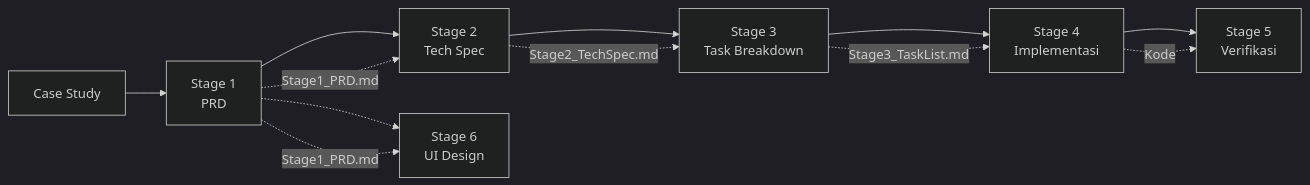
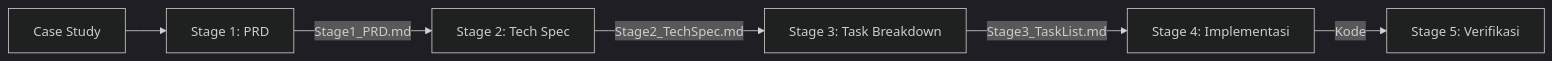
Before and after one commit to ocikyamin/OpenLearning: the first of 2 diagrams in Master Prompt Framework PARTS/README.md, drawn with Mermaid (dark theme). The commit also changed other lines of this file, not shown here.

Commit message:
Refactor stage flow diagrams in README.md for improved clarity and consistency

````diff
--- a/Master Prompt Framework PARTS/README.md
+++ b/Master Prompt Framework PARTS/README.md
@@ -9,15 +9,8 @@
 ```mermaid
 graph LR
-    CS[Case Study] --> S1[Stage 1<br/>PRD]
-    S1 --> S2[Stage 2<br/>Tech Spec]
-    S2 --> S3[Stage 3<br/>Task Breakdown]
-    S3 --> S4[Stage 4<br/>Implementasi]
-    S4 --> S5[Stage 5<br/>Verifikasi]
-    S1 -.-> S6[Stage 6<br/>UI Design]
-
-    S1 -.-> |Stage1_PRD.md| S2
-    S2 -.-> |Stage2_TechSpec.md| S3
-    S3 -.-> |Stage3_TaskList.md| S4
-    S4 -.-> |Kode| S5
-    S1 -.-> |Stage1_PRD.md| S6
+    CS[Case Study] --> S1[Stage 1: PRD]
+    S1 --> |Stage1_PRD.md| S2[Stage 2: Tech Spec]
+    S2 --> |Stage2_TechSpec.md| S3[Stage 3: Task Breakdown]
+    S3 --> |Stage3_TaskList.md| S4[Stage 4: Implementasi]
+    S4 --> |Kode| S5[Stage 5: Verifikasi]
 ```
````
